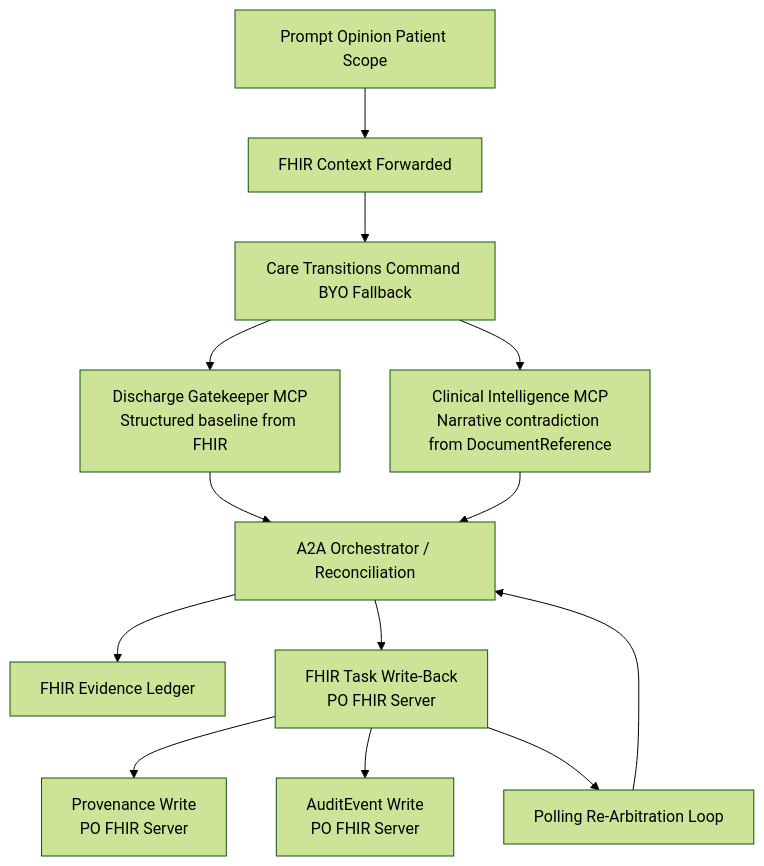
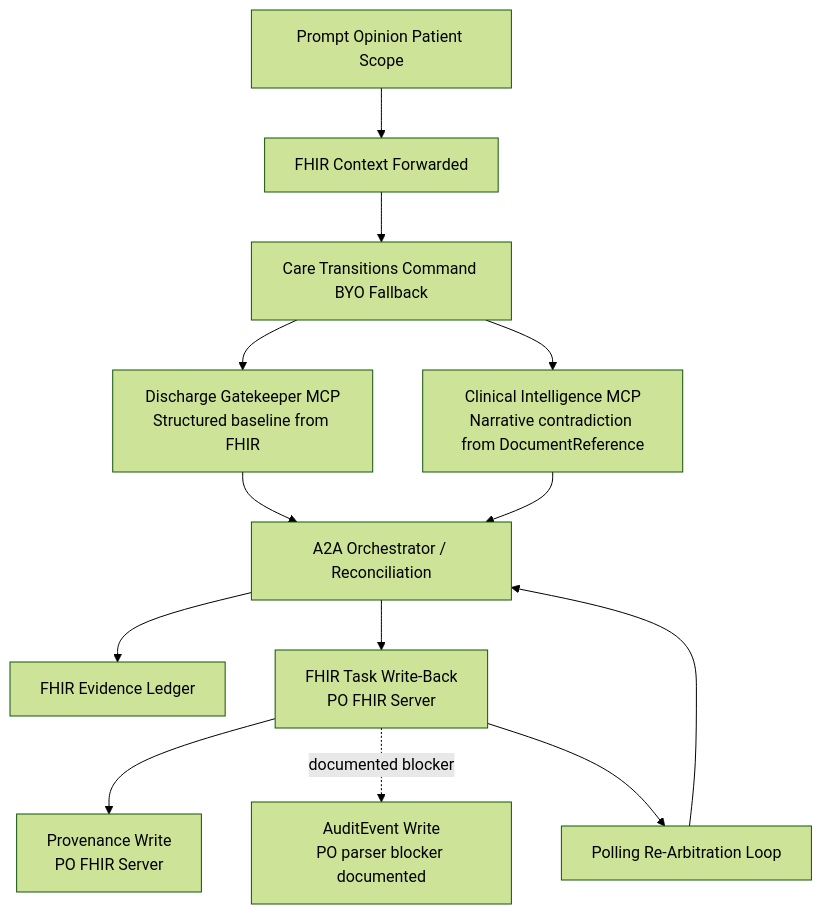
One commit to Arshgill01/Discharge-Gatekeeper changed the diagram in README.md. Above: the diagram before and after it, drawn with Mermaid (forest theme). The commit also changed other lines of this file and 1 other file, not shown here.

Commit message:
docs: align po fhir proof and writeback notes

````diff
--- a/README.md
+++ b/README.md
@@ -27,15 +27,15 @@
 ```mermaid
 flowchart TD
   PO[Prompt Opinion Patient Scope] --> FHIR[FHIR Context Forwarded]
   FHIR --> BYO[Care Transitions Command BYO Fallback]
   BYO --> DGK[Discharge Gatekeeper MCP<br/>Structured baseline from FHIR]
   BYO --> CI[Clinical Intelligence MCP<br/>Narrative contradiction from DocumentReference]
   DGK --> ORCH[A2A Orchestrator / Reconciliation]
   CI --> ORCH
   ORCH --> LEDGER[FHIR Evidence Ledger]
   ORCH --> TASK_WRITE[FHIR Task Write-Back<br/>PO FHIR Server]
   TASK_WRITE --> PROV_WRITE[Provenance Write<br/>PO FHIR Server]
-  TASK_WRITE --> AUDIT_WRITE[AuditEvent Write<br/>PO FHIR Server]
+  TASK_WRITE -. documented blocker .-> AUDIT_WRITE[AuditEvent Write<br/>PO parser blocker documented]
   TASK_WRITE --> REARB[Polling Re-Arbitration Loop]
   REARB --> ORCH
 ```
````
